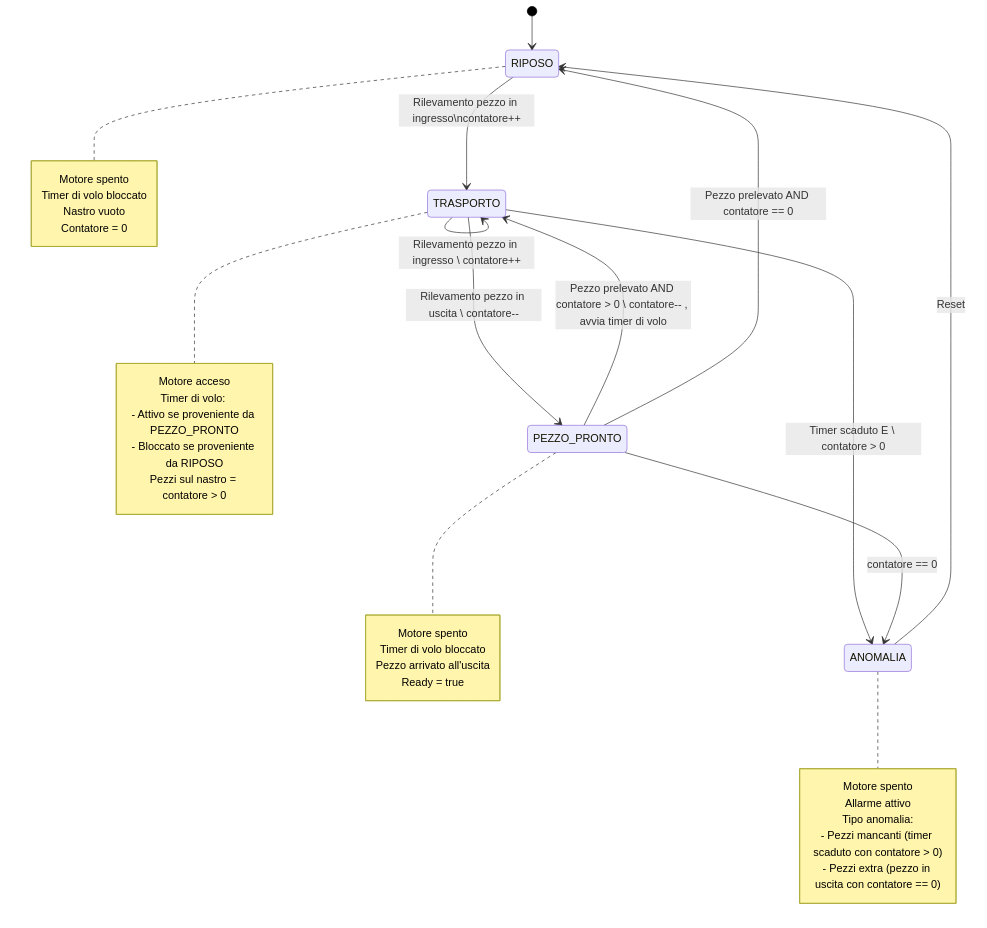
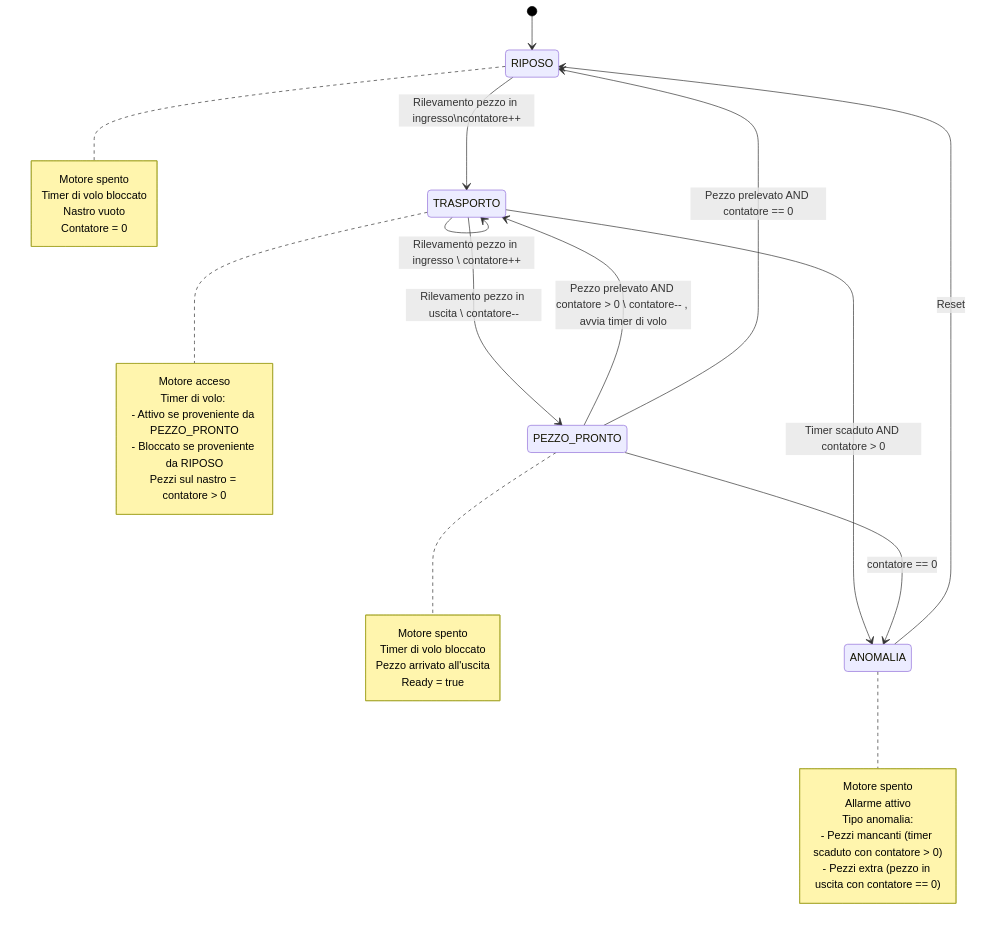
Before and after one commit to sebastianomelita/ArduinoBareMetal: the diagram in nastrocont.md, drawn with Mermaid.

````diff
--- a/nastrocont.md
+++ b/nastrocont.md
@@ -58,47 +58,47 @@
 ```mermaid
 %%{init: {'theme': 'default', 'themeVariables': { 'primaryColor': '#ffffff', 'primaryTextColor': '#000000', 'primaryBorderColor': '#000000', 'lineColor': '#000000', 'secondaryColor': '#f4f4f4', 'tertiaryColor': '#ffffff' }}}%%
 stateDiagram-v2
     [*] --> RIPOSO
 
     RIPOSO --> TRASPORTO: Rilevamento pezzo in ingresso\ncontatore++
     
     TRASPORTO --> TRASPORTO: Rilevamento pezzo in ingresso \ contatore++
     TRASPORTO --> PEZZO_PRONTO: Rilevamento pezzo in uscita \ contatore--
-    TRASPORTO --> ANOMALIA: Timer scaduto E \ contatore > 0
+    TRASPORTO --> ANOMALIA: Timer scaduto AND contatore > 0
     
     PEZZO_PRONTO --> TRASPORTO: Pezzo prelevato AND contatore > 0 \ contatore-- , avvia timer di volo
     PEZZO_PRONTO --> RIPOSO: Pezzo prelevato AND contatore == 0
     PEZZO_PRONTO --> ANOMALIA: contatore == 0
     
     ANOMALIA --> RIPOSO: Reset
     
     note right of RIPOSO
         Motore spento
         Timer di volo bloccato
         Nastro vuoto
         Contatore = 0
     end note
     
     note right of TRASPORTO
         Motore acceso
         Timer di volo: 
         - Attivo se proveniente da PEZZO_PRONTO
         - Bloccato se proveniente da RIPOSO
         Pezzi sul nastro = contatore > 0
     end note
     
     note right of PEZZO_PRONTO
         Motore spento
         Timer di volo bloccato
         Pezzo arrivato all'uscita
         Ready = true
     end note
     
     note right of ANOMALIA
         Motore spento
         Allarme attivo
         Tipo anomalia:
         - Pezzi mancanti (timer scaduto con contatore > 0)
         - Pezzi extra (pezzo in uscita con contatore == 0)
     end note
 ```
````
